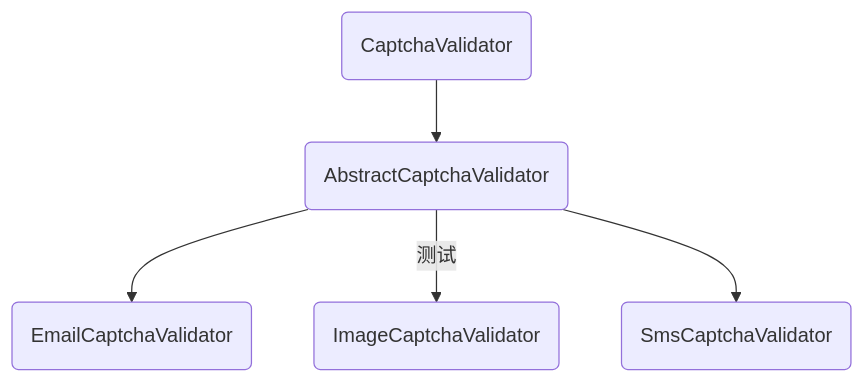
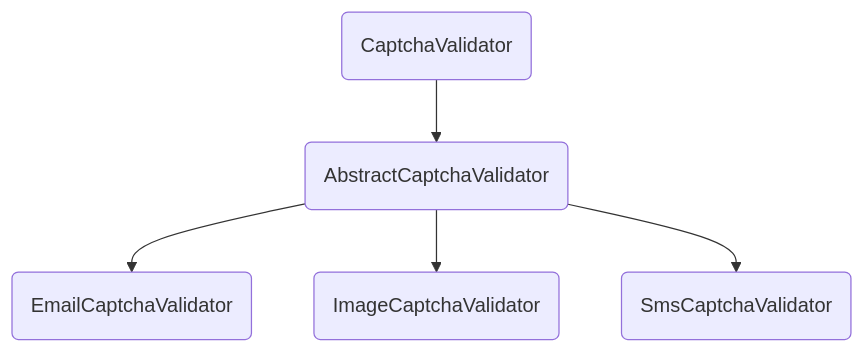
One commit to vains-Sofia/oauth2-security-spring-boot-starter changed the second of 3 diagrams in README.md. Above: the diagram before and after it, drawn with Mermaid. The commit also changed other lines of this file, not shown here.

Commit message:
优化流程图

````diff
--- a/README.md
+++ b/README.md
@@ -298,7 +298,7 @@
 ```mermaid
 graph TB
 	base(CaptchaValidator) --> abstract(AbstractCaptchaValidator)
 	abstract --> email(EmailCaptchaValidator)
-	abstract -->|测试| image(ImageCaptchaValidator)
+	abstract --> image(ImageCaptchaValidator)
 	abstract --> sms(SmsCaptchaValidator)
 ```
````
